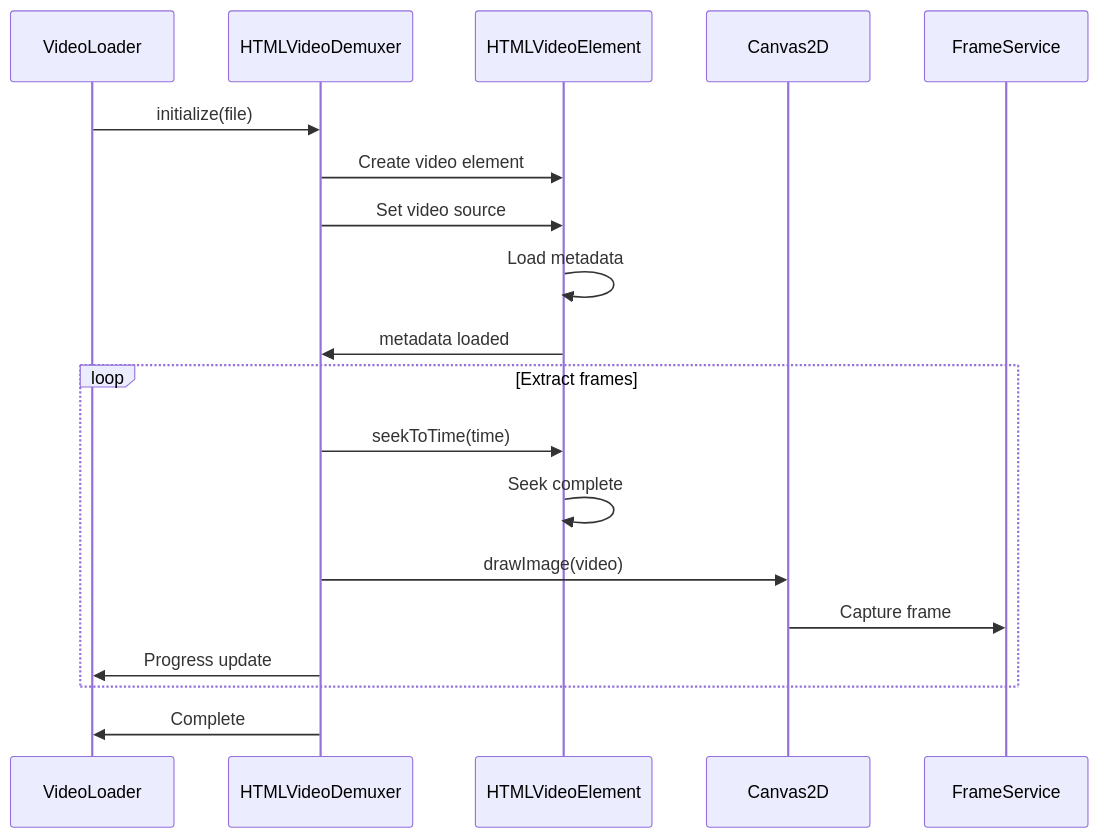
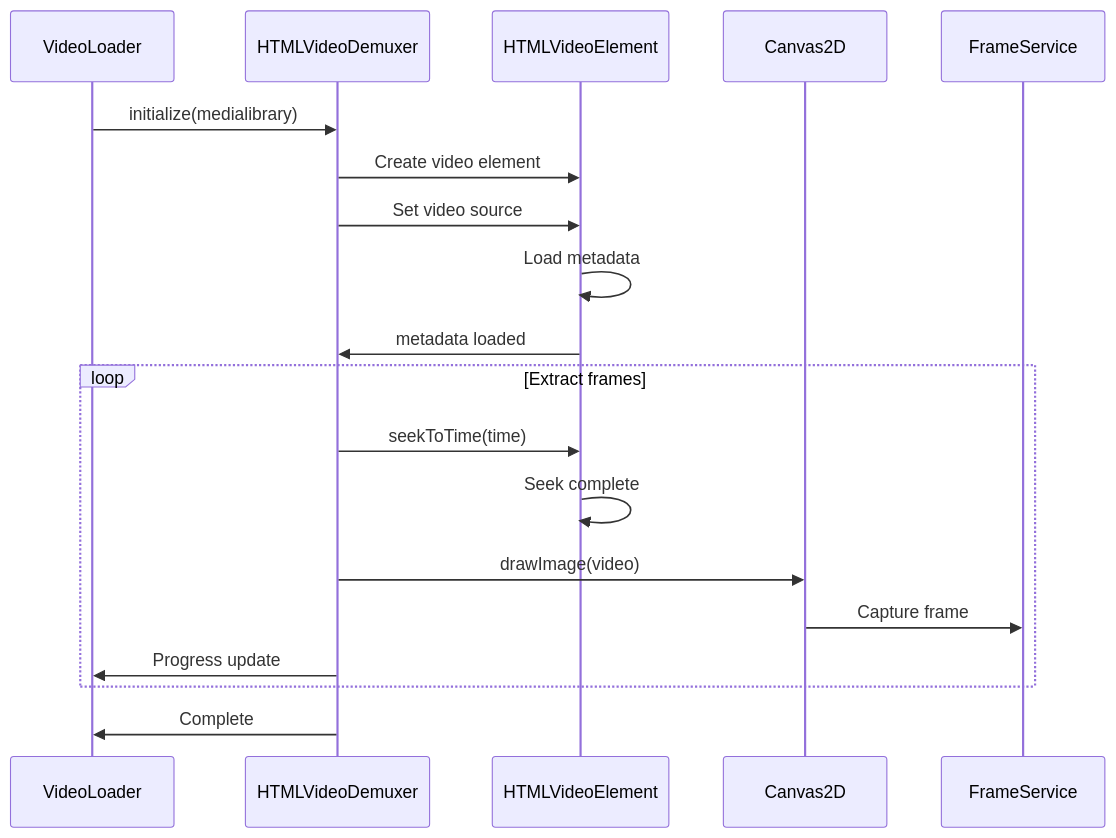
One commit to apssouza22/web-video-edit changed the fifth of 9 diagrams in docs/architecture/04-video-pipeline.md. Above: the diagram before and after it, drawn with Mermaid. The commit also changed other lines of this file and 17 other files, not shown here.

````diff
--- a/docs/architecture/04-video-pipeline.md
+++ b/docs/architecture/04-video-pipeline.md
@@ -231,24 +231,24 @@
 ```mermaid
 sequenceDiagram
     participant Loader as VideoLoader
     participant Demux as HTMLVideoDemuxer
     participant Video as HTMLVideoElement
     participant Canvas as Canvas2D
     participant Frame as FrameService
 
-    Loader->>Demux: initialize(file)
+    Loader->>Demux: initialize(medialibrary)
     Demux->>Video: Create video element
     Demux->>Video: Set video source
     Video->>Video: Load metadata
     Video->>Demux: metadata loaded
     
     loop Extract frames
         Demux->>Video: seekToTime(time)
         Video->>Video: Seek complete
         Demux->>Canvas: drawImage(video)
         Canvas->>Frame: Capture frame
         Demux->>Loader: Progress update
     end
     
     Demux->>Loader: Complete
 ```
````
